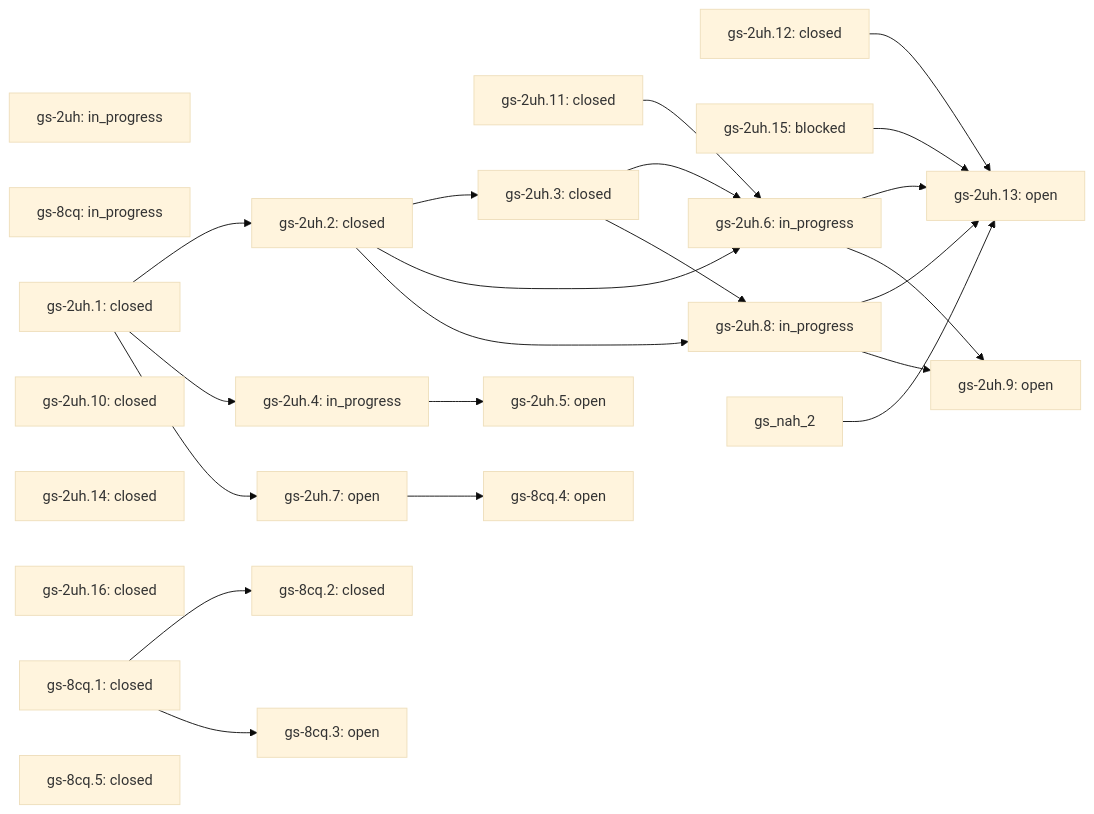
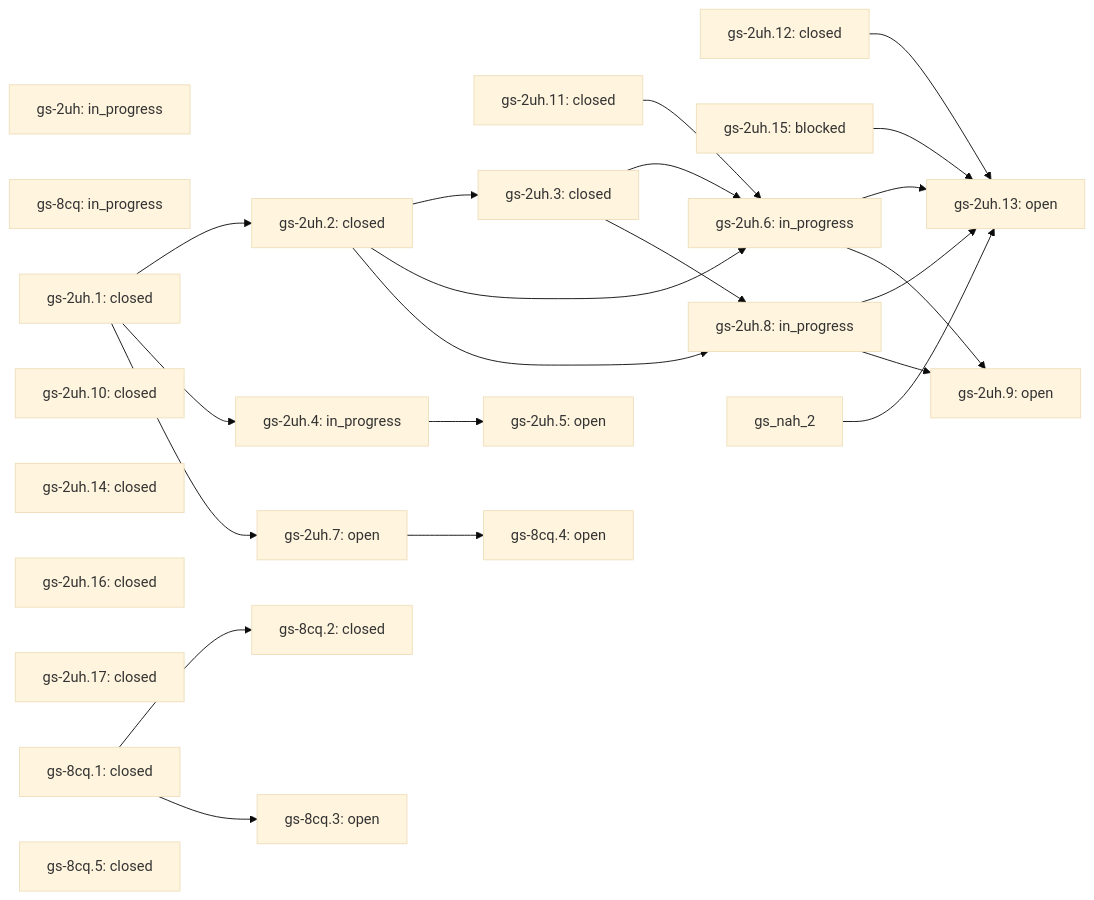
Before and after one commit to lifeofgurpreet/G-Skills: the diagram in docs/skills/vps-health/ROADMAP.md, drawn with Mermaid (base theme). The commit also changed other lines of this file and 14 other files, not shown here.

````diff
--- a/docs/skills/vps-health/ROADMAP.md
+++ b/docs/skills/vps-health/ROADMAP.md
@@ -35,46 +36,47 @@
 ```mermaid
 flowchart LR
   gs_2uh["gs-2uh: in_progress"]
   gs_8cq["gs-8cq: in_progress"]
   gs_2uh_1["gs-2uh.1: closed"]
   gs_2uh_10["gs-2uh.10: closed"]
   gs_2uh_11["gs-2uh.11: closed"]
   gs_2uh_12["gs-2uh.12: closed"]
   gs_2uh_13["gs-2uh.13: open"]
   gs_2uh_12 --> gs_2uh_13
   gs_2uh_15 --> gs_2uh_13
   gs_2uh_6 --> gs_2uh_13
   gs_2uh_8 --> gs_2uh_13
   gs_nah_2 --> gs_2uh_13
   gs_2uh_14["gs-2uh.14: closed"]
   gs_2uh_15["gs-2uh.15: blocked"]
   gs_2uh_16["gs-2uh.16: closed"]
+  gs_2uh_17["gs-2uh.17: closed"]
   gs_2uh_2["gs-2uh.2: closed"]
   gs_2uh_1 --> gs_2uh_2
   gs_2uh_3["gs-2uh.3: closed"]
   gs_2uh_2 --> gs_2uh_3
   gs_2uh_4["gs-2uh.4: in_progress"]
   gs_2uh_1 --> gs_2uh_4
   gs_2uh_5["gs-2uh.5: open"]
   gs_2uh_4 --> gs_2uh_5
   gs_2uh_6["gs-2uh.6: in_progress"]
   gs_2uh_11 --> gs_2uh_6
   gs_2uh_2 --> gs_2uh_6
   gs_2uh_3 --> gs_2uh_6
   gs_2uh_8["gs-2uh.8: in_progress"]
   gs_2uh_2 --> gs_2uh_8
   gs_2uh_3 --> gs_2uh_8
   gs_8cq_1["gs-8cq.1: closed"]
   gs_8cq_2["gs-8cq.2: closed"]
   gs_8cq_1 --> gs_8cq_2
   gs_2uh_7["gs-2uh.7: open"]
   gs_2uh_1 --> gs_2uh_7
   gs_2uh_9["gs-2uh.9: open"]
   gs_2uh_6 --> gs_2uh_9
   gs_2uh_8 --> gs_2uh_9
   gs_8cq_3["gs-8cq.3: open"]
   gs_8cq_1 --> gs_8cq_3
   gs_8cq_4["gs-8cq.4: open"]
   gs_2uh_7 --> gs_8cq_4
   gs_8cq_5["gs-8cq.5: closed"]
 ```
````
